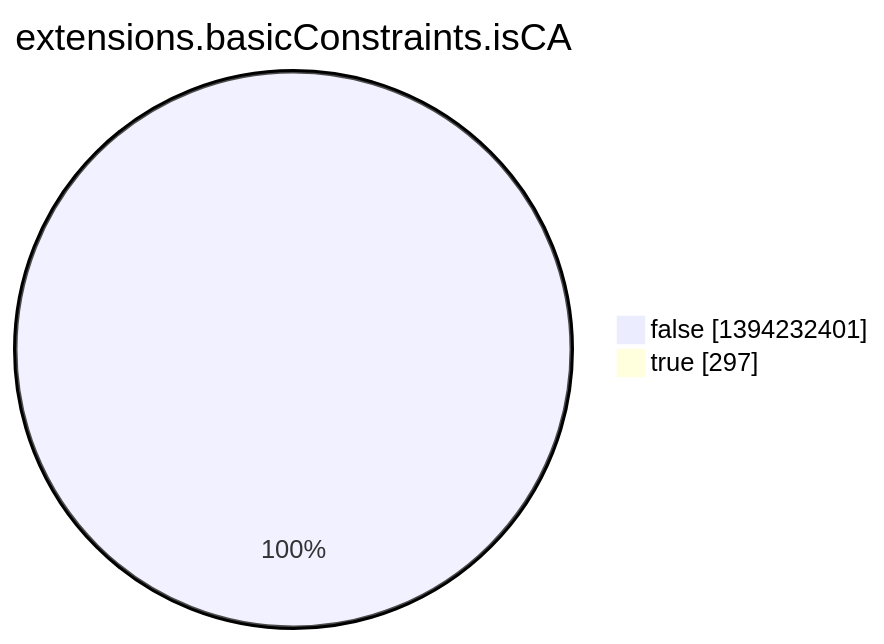
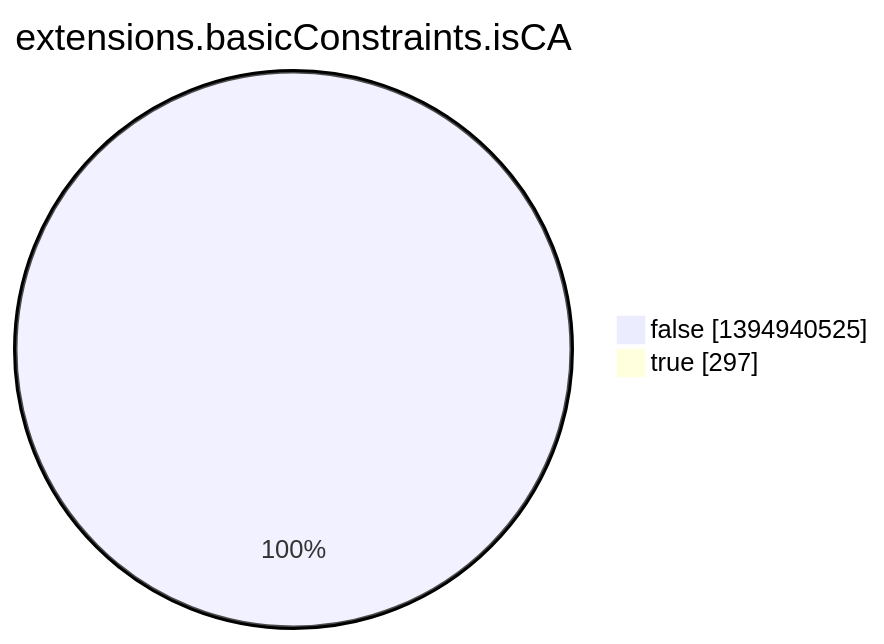
One commit to christiankrug/ctmonitor_visualization changed the eighth of 15 diagrams in argon2022/README.md. Above: the diagram before and after it, drawn with Mermaid. The commit also changed other lines of this file, not shown here.

````diff
--- a/argon2022/README.md
+++ b/argon2022/README.md
@@ -2759,6 +2759,6 @@
 ```mermaid
 pie showData
 title extensions.basicConstraints.isCA
-"false" :1394232401
+"false" :1394940525
 "true" :297
 ```
````
